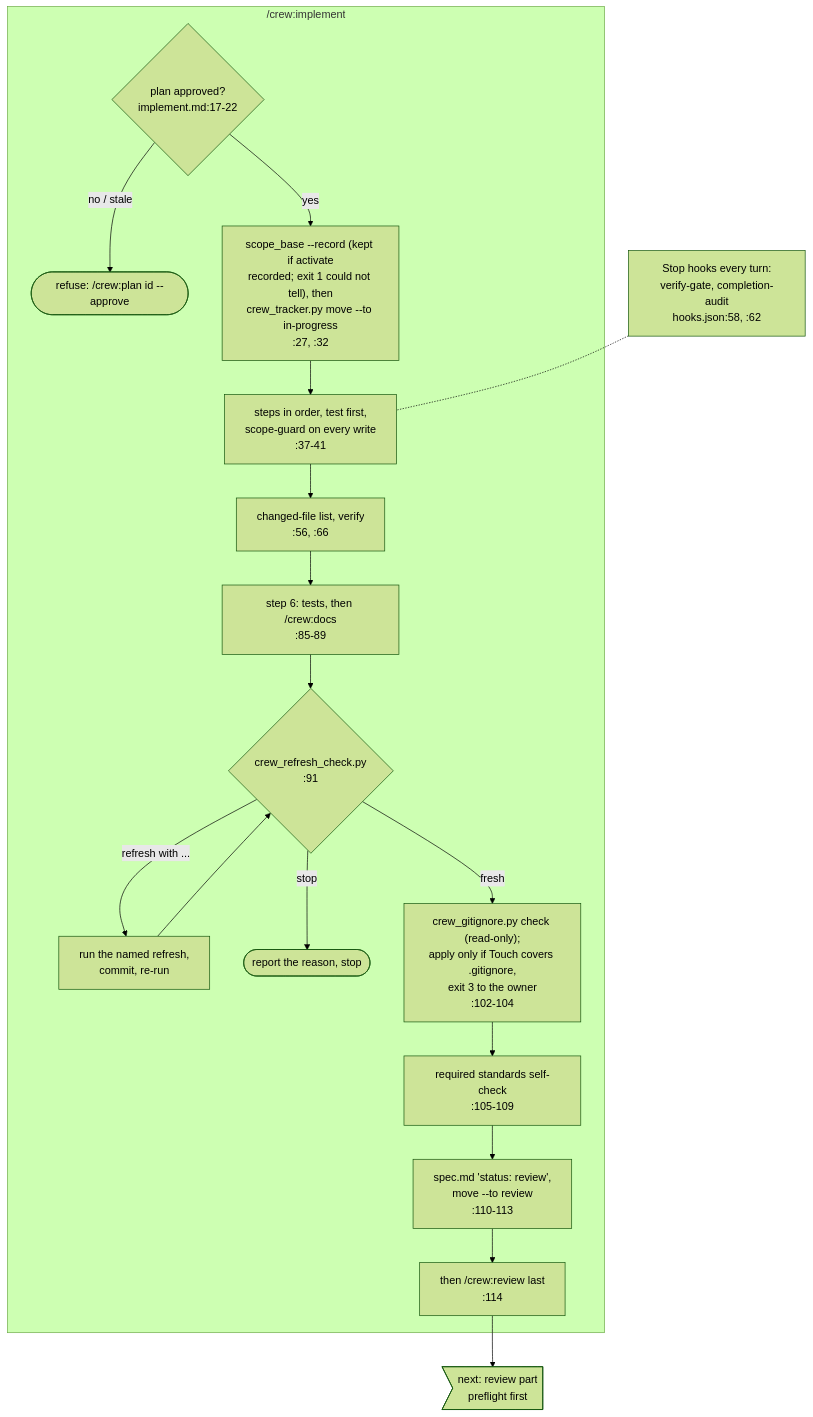
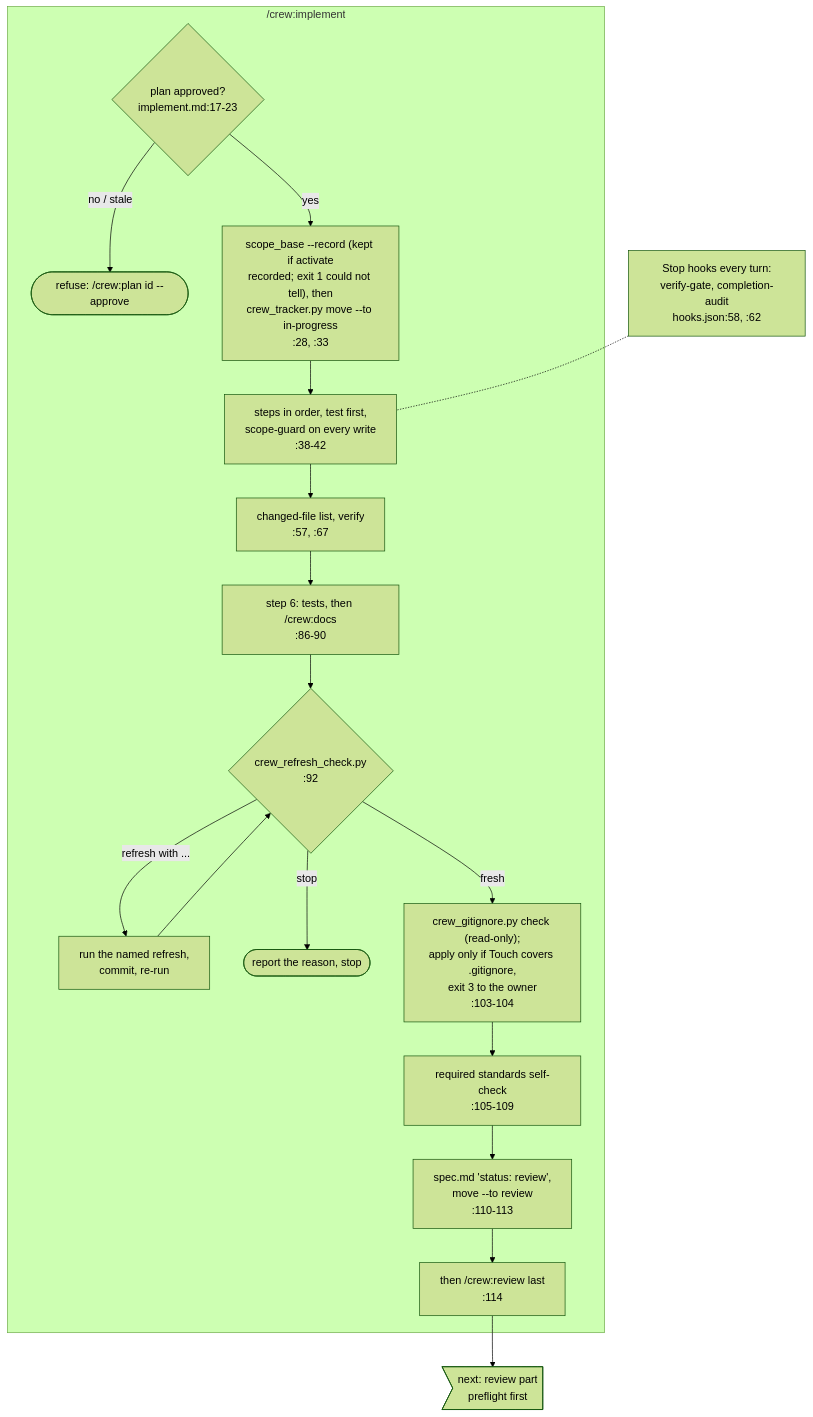
One commit to mbadali25/useful-claude-add-ons changed the diagram in docs/diagrams/process-crew-lifecycle-implement.mmd. Above: the diagram before and after it, drawn with Mermaid (forest theme). The commit also changed 7 other files, not shown here.

First line of the commit message:
T-0039: code maps, INDEX and the three diagrams re-anchored to 5cdfb775 (implement.md cites moved); rules regenerated

```diff
--- a/docs/diagrams/process-crew-lifecycle-implement.mmd
+++ b/docs/diagrams/process-crew-lifecycle-implement.mmd
@@ -1,55 +1,54 @@
-%% Generated from useful-claude-add-ons@affbfab0 on 2026-10-04. Verify before trusting.
+%% Generated from useful-claude-add-ons@5cdfb775 on 2026-10-04. Verify before trusting.
 %% Anchors: plugin/crew/commands/implement.md, plugin/crew/hooks/hooks.json, plugin/crew/hooks/scripts/crew_ticket.py, plugin/crew/hooks/scripts/crew_tracker.py, plugin/crew/hooks/scripts/crew_refresh_check.py, plugin/crew/hooks/scripts/crew_standards.py
 %% Purpose: /crew:implement from the approval check to handing over to /crew:review: the plan steps under the scope guard, the refresh-artifacts loop and the required standards self-check.
 %% One part of the crew lifecycle; process-crew-lifecycle.mmd is the overview and keeps the re-anchor history.
 %% Arrow-shaped nodes ("next:" / "back:" / "again:") stand for a node drawn in the named part.
 %% T-0061 (#378, merged with main 38adba44+): im1 relabelled - `crew_ticket.py activate` now records the scope
 %% base at branch cut, so /crew:implement step 1 may report `kept`, and a `tickets.baseBranch` naming no commit
 %% exits 1 "could not tell". Cites :28, :33 re-read on the merged tree.
-%% T-0039 at affbfab0: implement.md step 0 and step 6's opening re-wrapped (two lines saved) and step 6 gained the
-%% read-only `crew_gitignore.py check` after the refresh loop (:102-104; apply only when Touch covers .gitignore).
-%% Cites re-read with sed -n: im0 :17-22, im1 :27, :32, im2 :37-41, im3a :56, :66, im3 :85-89, rf1 :91; sc1, im4
-%% and im5 hold. The gitignore check is drawn as gi1 between the refresh and the self-check.
+%% T-0039: implement.md step 6's opening re-wrapped (one line saved) and step 6 gained the read-only
+%% `crew_gitignore.py check` after the refresh loop (:103-104; apply only when Touch covers .gitignore).
+%% Cites re-read with sed -n: im3 :86-90, rf1 :92; im0, im1, im2, im3a, sc1, im4 and im5 hold. The gitignore check is drawn as gi1 between the refresh and the self-check.
 %% --
 %% Every node cites the command file's own line; files are named repo-relative
 %% here and by basename in the nodes (all under plugin/crew/commands/ unless
 %% named otherwise):
 %%   plugin/crew/commands/implement.md:14-17 refuses unless `crew_ticket.py validate`
 %%     reports the plan approved; :31 scope_base --record, then crew_tracker.py
 %%     move --to in-progress (:36, `--reopen` on a successor plan :37); :41 steps
 %%     in order, test first; :59 changed-file list; :69 verify; :89-112 step 6:
 %%     tests, then docs, then crew_refresh_check.py (:96) and the commands its
 %%     lines name, committed, until `fresh` or a `stop`; then spec.md header
 %%     `status: review`, which keeps the approval (:107-109), and crew_tracker.py
 %%     move --to review (:110-111); then /crew:review last (:112). :114-118
 %%     step 7: done is /crew:done's.
 %%     Scope guard: plugin/crew/hooks/hooks.json:31 (scope-guard.sh, PreToolUse).
 %%     Stop hooks: plugin/crew/hooks/hooks.json:58 (verify-gate.sh), :62 (completion-audit.sh).
 %% --
 %% Note im0: crew_ticket.py validate
 %% Note im2: recurring-findings checklist for the Touch paths, then steps in order;
 %%    hooks.json:31 (PreToolUse, Touch)
 %% Note sc1: crew_standards.py init, answer every row, crew_standards.py stamp until exit 0
 %% Note im4: spec.md header 'status: review' (keeps the approval), crew_tracker.py move --to
 %%    review (Review lane: review outstanding)
 flowchart TB
     subgraph implement["/crew:implement"]
-        im0{"plan approved?<br/>implement.md:17-22"}
+        im0{"plan approved?<br/>implement.md:17-23"}
         im0 -- "no / stale" --> imx([refuse: /crew:plan id --approve])
-        im0 -- yes --> im1["scope_base --record (kept if activate<br/>recorded; exit 1 could not tell), then<br/>crew_tracker.py move --to in-progress<br/>:27, :32"]
-        im1 --> im2["steps in order, test first,<br/>scope-guard on every write<br/>:37-41"]
-        im2 --> im3a["changed-file list, verify<br/>:56, :66"]
-        im3a --> im3["step 6: tests, then /crew:docs<br/>:85-89"]
-        im3 --> rf1{"crew_refresh_check.py<br/>:91"}
+        im0 -- yes --> im1["scope_base --record (kept if activate<br/>recorded; exit 1 could not tell), then<br/>crew_tracker.py move --to in-progress<br/>:28, :33"]
+        im1 --> im2["steps in order, test first,<br/>scope-guard on every write<br/>:38-42"]
+        im2 --> im3a["changed-file list, verify<br/>:57, :67"]
+        im3a --> im3["step 6: tests, then /crew:docs<br/>:86-90"]
+        im3 --> rf1{"crew_refresh_check.py<br/>:92"}
         rf1 -- "refresh with ..." --> rf2["run the named refresh,<br/>commit, re-run"]
         rf2 --> rf1
         rf1 -- "stop" --> rfx([report the reason, stop])
-        rf1 -- fresh --> gi1["crew_gitignore.py check (read-only);<br/>apply only if Touch covers .gitignore,<br/>exit 3 to the owner<br/>:102-104"]
+        rf1 -- fresh --> gi1["crew_gitignore.py check (read-only);<br/>apply only if Touch covers .gitignore,<br/>exit 3 to the owner<br/>:103-104"]
         gi1 --> sc1["required standards self-check<br/>:105-109"]
         sc1 --> im4["spec.md 'status: review',<br/>move --to review<br/>:110-113"]
         im4 --> im5["then /crew:review last<br/>:114"]
     end
 
     im5 --> to_pf0>"next: review part<br/>preflight first"]
 
     stop["Stop hooks every turn:<br/>verify-gate, completion-audit<br/>hooks.json:58, :62"] -.- im2
```
